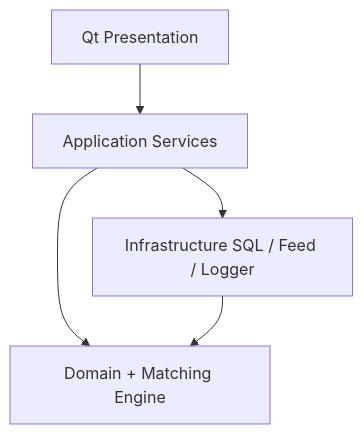
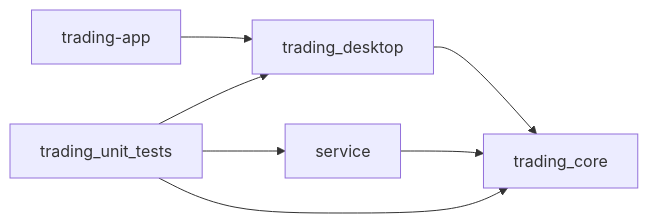
The fourth of 5 diagrams in docs/diagrams/architecture.md (PhanNgocTrieu/trading-app), drawn with Mermaid before and after one commit. The commit also changed other lines of this file and 111 other files, not shown here.

````diff
--- a/docs/diagrams/architecture.md
+++ b/docs/diagrams/architecture.md
@@ -5,12 +99,15 @@
 ```mermaid
-flowchart TB
-  UI[Qt Presentation]
-  APP[Application Services]
-  DOM[Domain + Matching Engine]
-  INF[Infrastructure SQL / Feed / Logger]
+flowchart LR
+  CORE[trading_core]
+  SVC[service]
+  DESK[trading_desktop]
+  APP[trading-app]
+  TEST[trading_unit_tests]
 
-  UI --> APP
-  APP --> DOM
-  APP --> INF
-  INF --> DOM
+  DESK --> CORE
+  APP --> DESK
+  SVC --> CORE
+  TEST --> SVC
+  TEST --> DESK
+  TEST --> CORE
 ```
````
